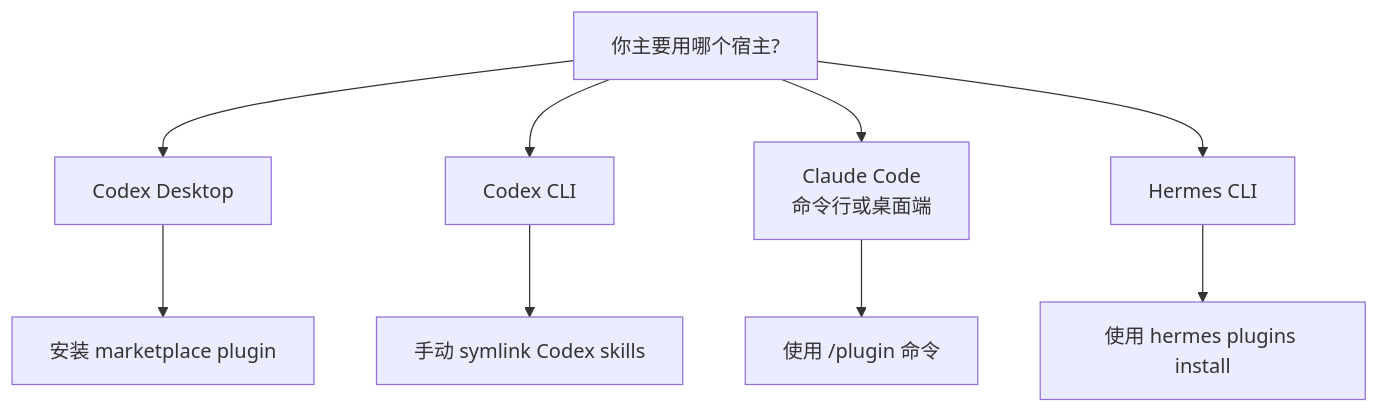
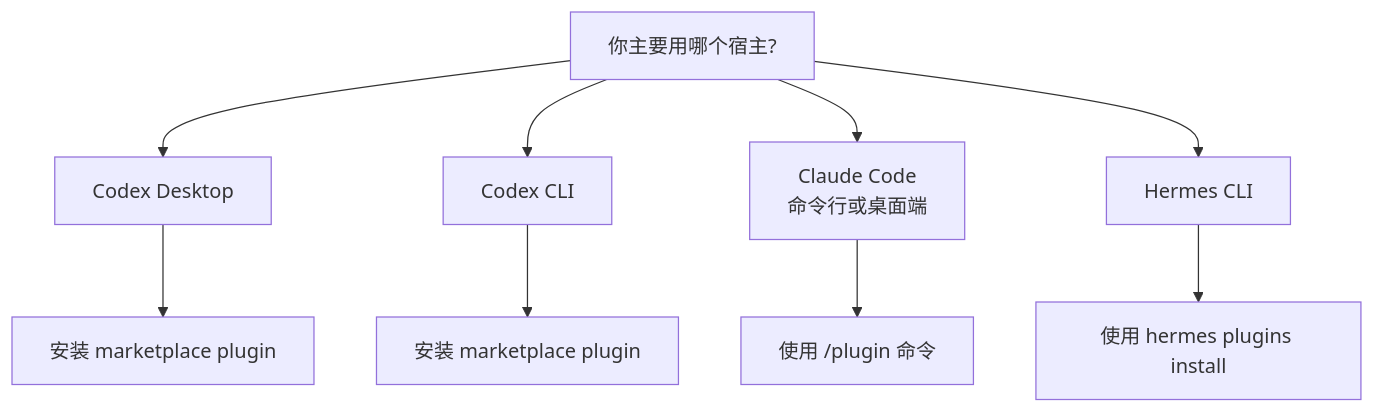
Before and after one commit to sssstwee/tastedistill: the third of 3 diagrams in README.zh-CN.md, drawn with Mermaid. The commit also changed other lines of this file and 1 other file, not shown here.

Commit message:
Update host plugin setup guidance

````diff
--- a/README.zh-CN.md
+++ b/README.zh-CN.md
@@ -120,11 +120,11 @@
 ```mermaid
 flowchart TD
     A["你主要用哪个宿主?"] --> B["Codex Desktop"]
     A --> C["Codex CLI"]
     A --> D["Claude Code<br/>命令行或桌面端"]
     A --> E["Hermes CLI"]
     B --> F["安装 marketplace plugin"]
-    C --> G["手动 symlink Codex skills"]
+    C --> G["安装 marketplace plugin"]
     D --> H["使用 /plugin 命令"]
     E --> I["使用 hermes plugins install"]
 ```
````
